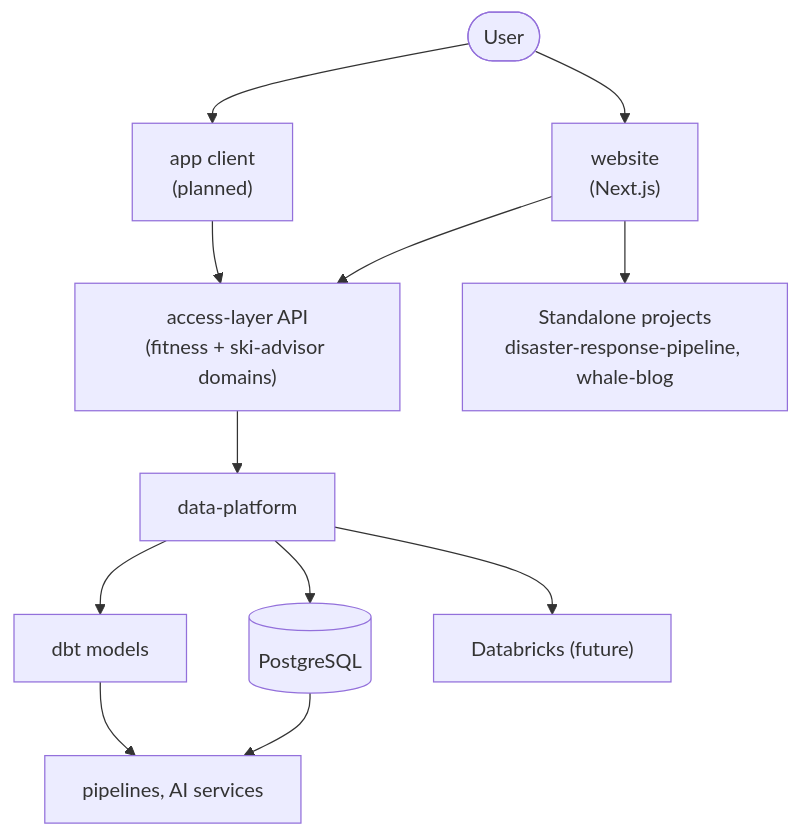
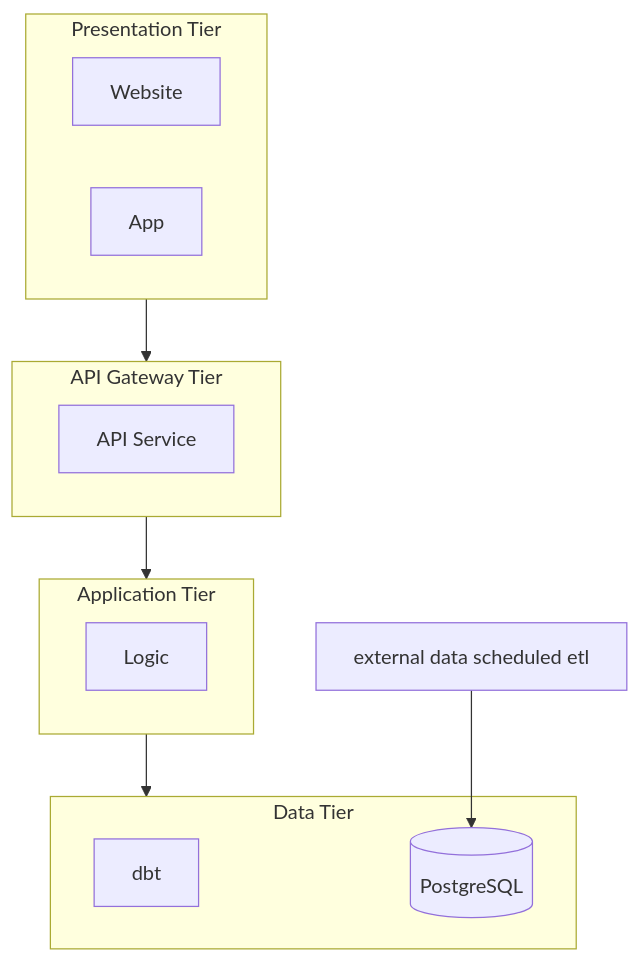
The diagram in docs/diagrams/system.md (wm6000/website), drawn with Mermaid before and after one commit. The commit also changed 4 other files, not shown here.

First line of the commit message:
docs: move to a four-tier architecture with a shared api-gateway repo

````diff
--- a/docs/diagrams/system.md
+++ b/docs/diagrams/system.md
@@ -5,22 +5,24 @@
 ```mermaid
 ---
 id: 9860b5e8-37de-4822-b15d-1789ced92d98
 ---
-flowchart TD
-    User(["User"])
-    User --> Website["website<br/>(Next.js)"]
-    User --> App["app client<br/>(planned)"]
-
-    Website --> AccessLayer["access-layer API<br/>(fitness + ski-advisor domains)"]
-    App --> AccessLayer
-    Website --> Projects["Standalone projects<br/>disaster-response-pipeline, whale-blog"]
-
-    AccessLayer --> DataPlatform["data-platform"]
-
-    DataPlatform --> Postgres[("PostgreSQL")]
-    DataPlatform --> Dbt["dbt models"]
-    DataPlatform --> Databricks["Databricks (future)"]
-
-    Postgres --> Services["pipelines, AI services"]
-    Dbt --> Services
+flowchart TB
+ subgraph s1["Presentation Tier"]
+        n1["Website"]
+        App["App"]
+  end
+ subgraph s2["API Gateway Tier"]
+        n2["API Service"]
+  end
+ subgraph s3["Application Tier"]
+        n3["Logic"]
+  end
+ subgraph s4["Data Tier"]
+        n4["dbt"]
+        Postgres[("PostgreSQL")]
+  end
+    s1 --> s2
+    s2 --> s3
+    s3 --> s4
+    n5["external data scheduled etl"] --> Postgres
 ```
````
